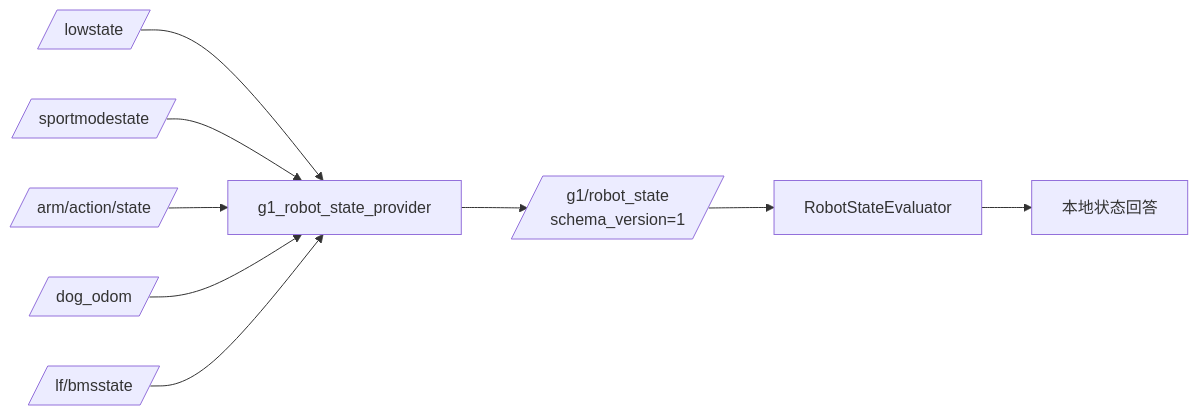
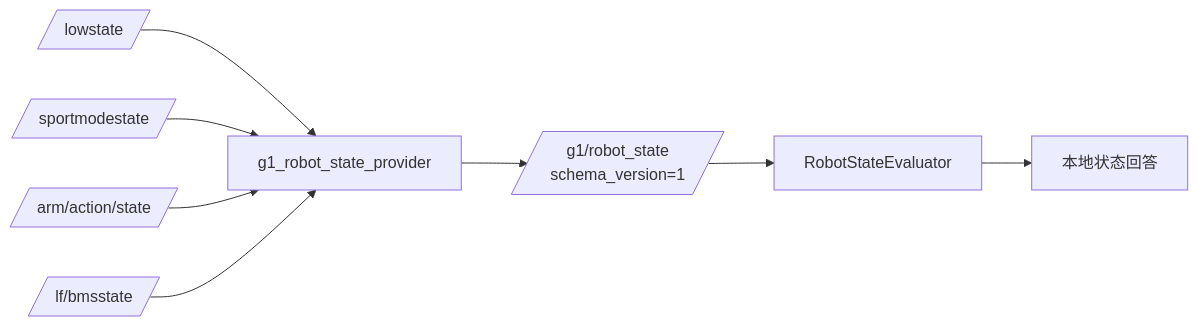
The second of 4 diagrams in releases/G1-EDU-Smart-Reception-V1.0/software_copyright/diagrams/architecture.md (CJWDDHCSJ/g1_dev), drawn with Mermaid before and after one commit. The commit also changed other lines of this file and 51 other files, not shown here.

````diff
--- a/releases/G1-EDU-Smart-Reception-V1.0/software_copyright/diagrams/architecture.md
+++ b/releases/G1-EDU-Smart-Reception-V1.0/software_copyright/diagrams/architecture.md
@@ -48,11 +48,10 @@
 ```mermaid
 flowchart LR
     LS[/lowstate/] --> P[g1_robot_state_provider]
     SM[/sportmodestate/] --> P
     AS[/arm/action/state/] --> P
-    OD[/dog_odom/] --> P
     BM[/lf/bmsstate/] --> P
     P --> AGG[/g1/robot_state<br/>schema_version=1/]
     AGG --> E[RobotStateEvaluator]
     E --> ANS[本地状态回答]
 ```
````
